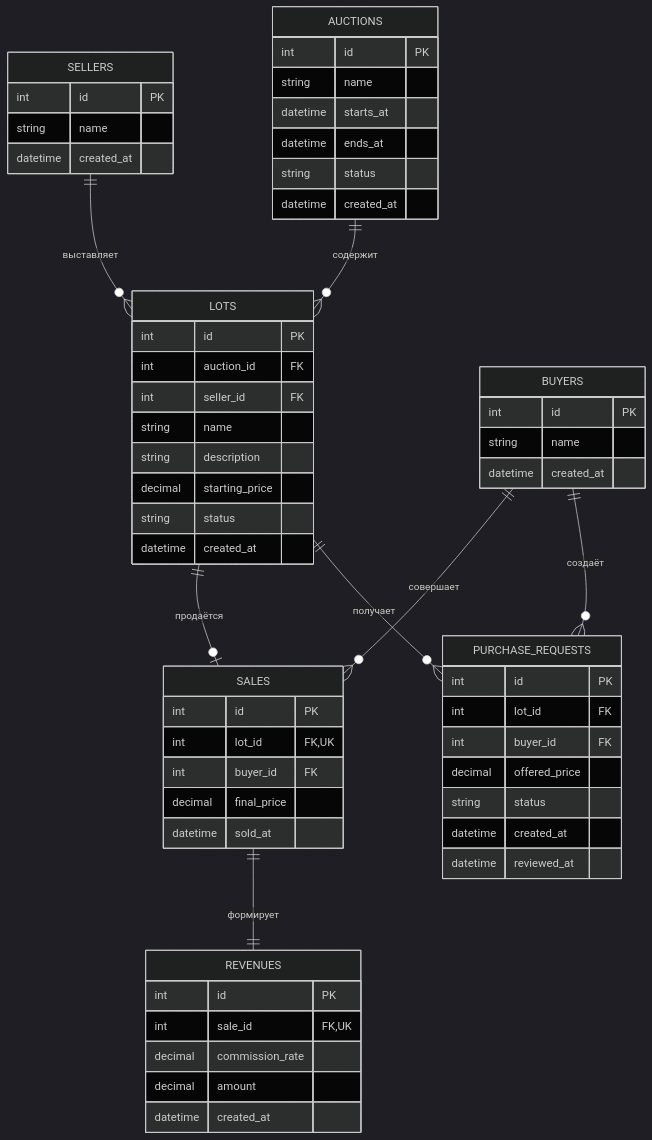
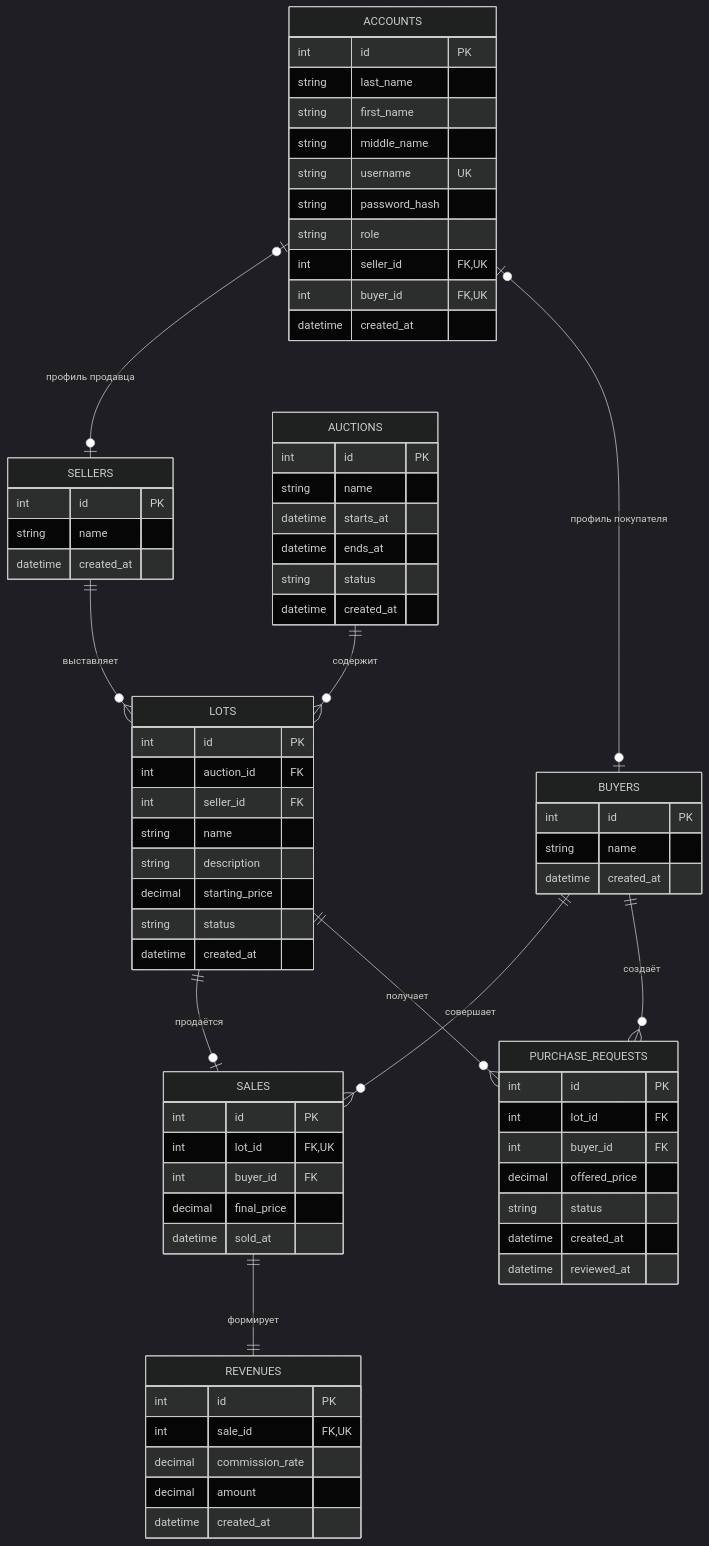
Before and after one commit to myffyy/auctions: the diagram in README.md, drawn with Mermaid (dark theme). The commit also changed other lines of this file and 2 other files, not shown here.

````diff
--- a/README.md
+++ b/README.md
@@ -152,5 +158,7 @@
 ```mermaid
 erDiagram
+    ACCOUNTS o|--o| SELLERS : "профиль продавца"
+    ACCOUNTS o|--o| BUYERS : "профиль покупателя"
     SELLERS ||--o{ LOTS : "выставляет"
     AUCTIONS ||--o{ LOTS : "содержит"
     LOTS ||--o| SALES : "продаётся"
@@ -162,6 +170,19 @@
     SELLERS {
         int id PK
         string name
+        datetime created_at
+    }
+
+    ACCOUNTS {
+        int id PK
+        string last_name
+        string first_name
+        string middle_name
+        string username UK
+        string password_hash
+        string role
+        int seller_id FK, UK
+        int buyer_id FK, UK
         datetime created_at
     }
 
````
